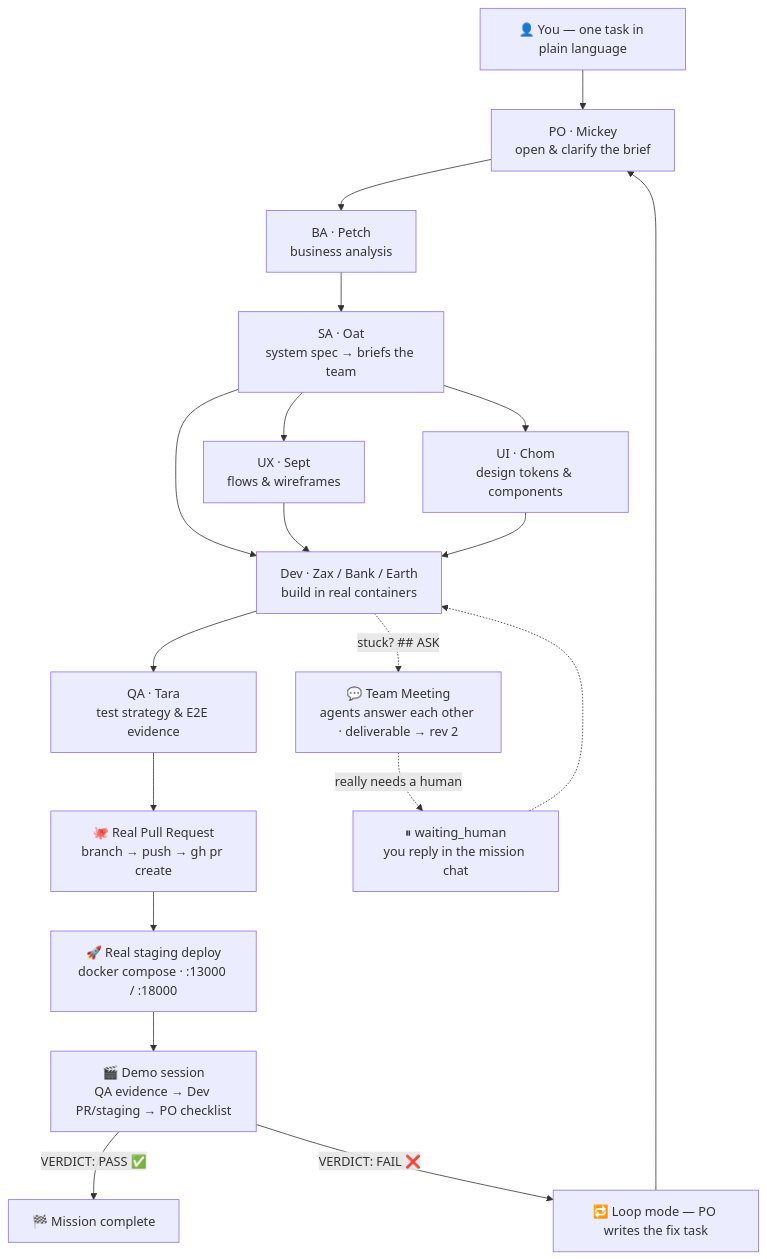
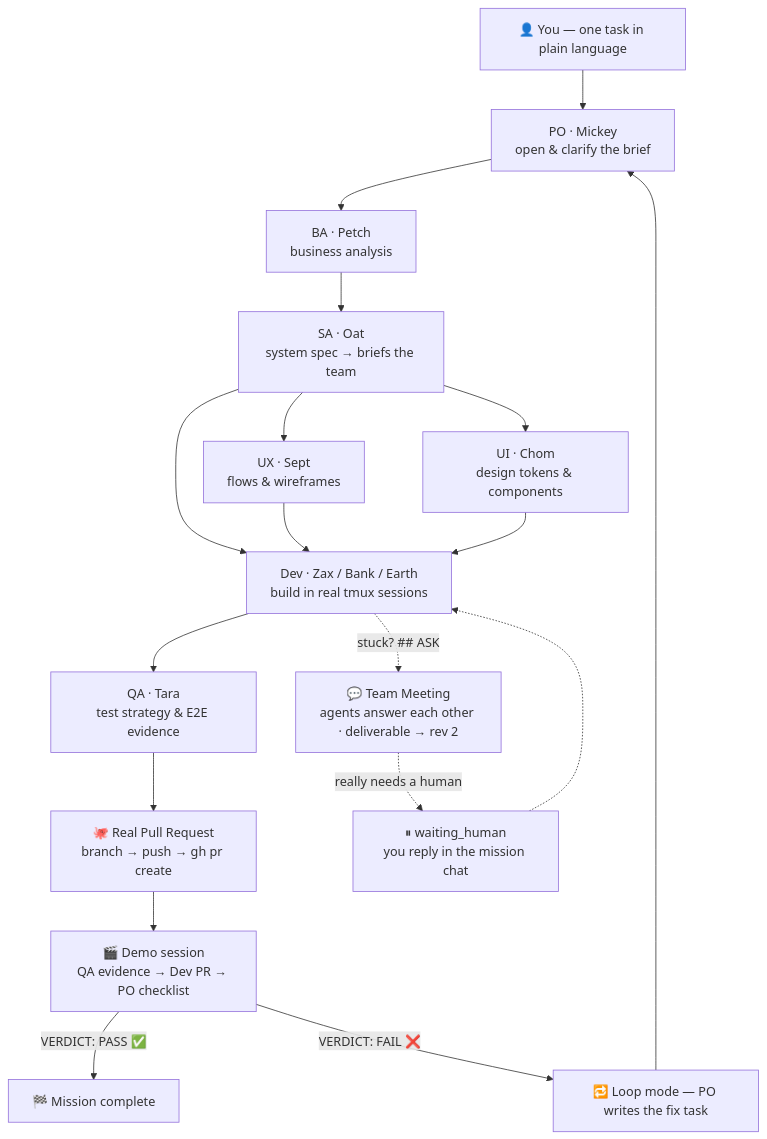
Before and after one commit to 9zax/ai-agent-platform: the first of 2 diagrams in README.md, drawn with Mermaid. The commit also changed other lines of this file and 31 other files, not shown here.

````diff
--- a/README.md
+++ b/README.md
@@ -38,23 +38,22 @@
 ```mermaid
 flowchart TD
     YOU["👤 You — one task in plain language"] --> PO["PO · Mickey<br/>open & clarify the brief"]
     PO --> BA["BA · Petch<br/>business analysis"]
     BA --> SA["SA · Oat<br/>system spec → briefs the team"]
     SA --> UX["UX · Sept<br/>flows & wireframes"]
     SA --> UI["UI · Chom<br/>design tokens & components"]
-    SA --> DEV["Dev · Zax / Bank / Earth<br/>build in real containers"]
+    SA --> DEV["Dev · Zax / Bank / Earth<br/>build in real tmux sessions"]
     UX --> DEV
     UI --> DEV
     DEV --> QA["QA · Tara<br/>test strategy & E2E evidence"]
 
     QA --> PR["🐙 Real Pull Request<br/>branch → push → gh pr create"]
-    PR --> DEPLOY["🚀 Real staging deploy<br/>docker compose · :13000 / :18000"]
-    DEPLOY --> DEMO["🎬 Demo session<br/>QA evidence → Dev PR/staging → PO checklist"]
+    PR --> DEMO["🎬 Demo session<br/>QA evidence → Dev PR → PO checklist"]
     DEMO -->|"VERDICT: PASS ✅"| DONE["🏁 Mission complete"]
     DEMO -->|"VERDICT: FAIL ❌"| LOOP["🔁 Loop mode — PO writes the fix task"]
     LOOP --> PO
 
     DEV -. "stuck? ## ASK" .-> MEET["💬 Team Meeting<br/>agents answer each other · deliverable → rev 2"]
     MEET -. "really needs a human" .-> HUMAN["⏸ waiting_human<br/>you reply in the mission chat"]
     HUMAN -.-> DEV
 ```
````
